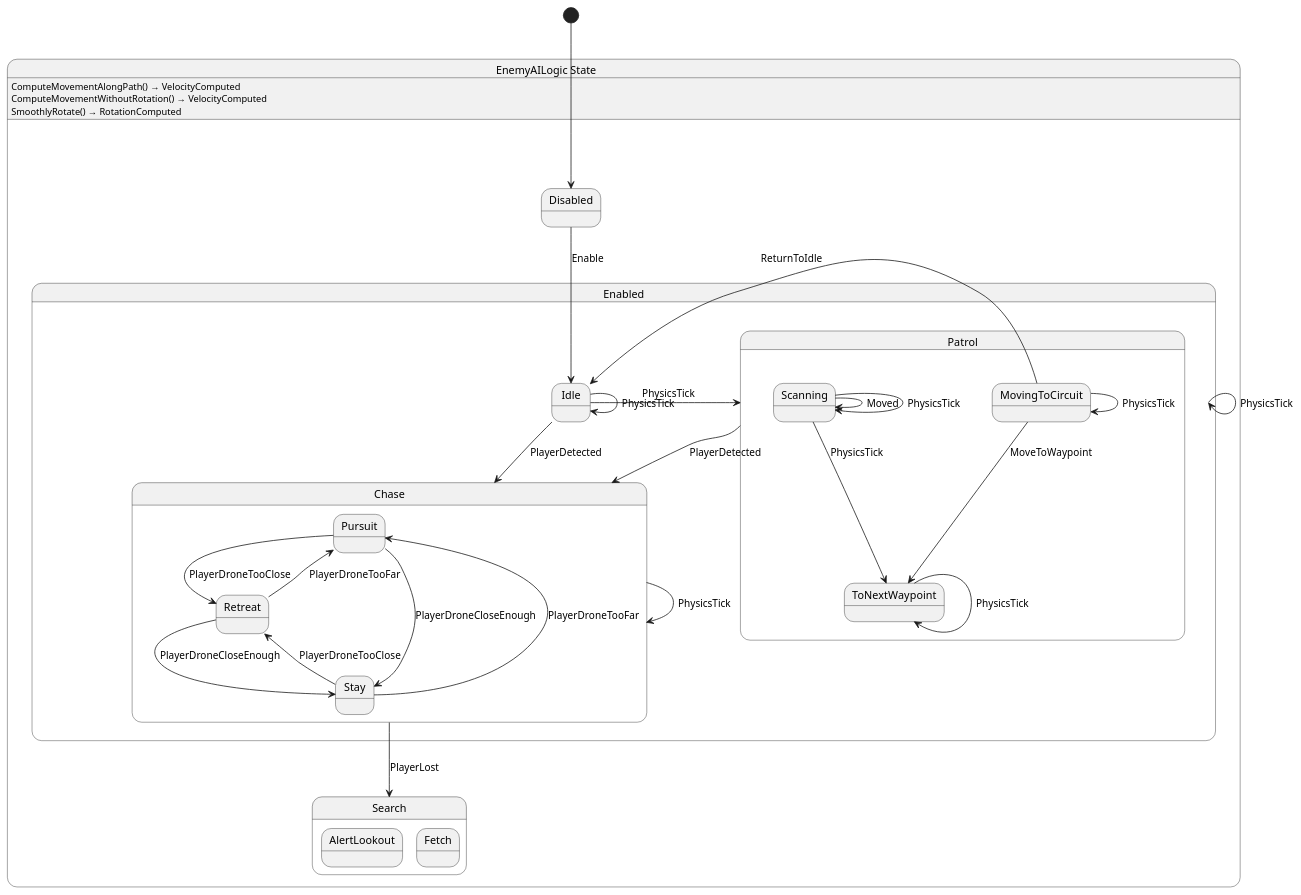
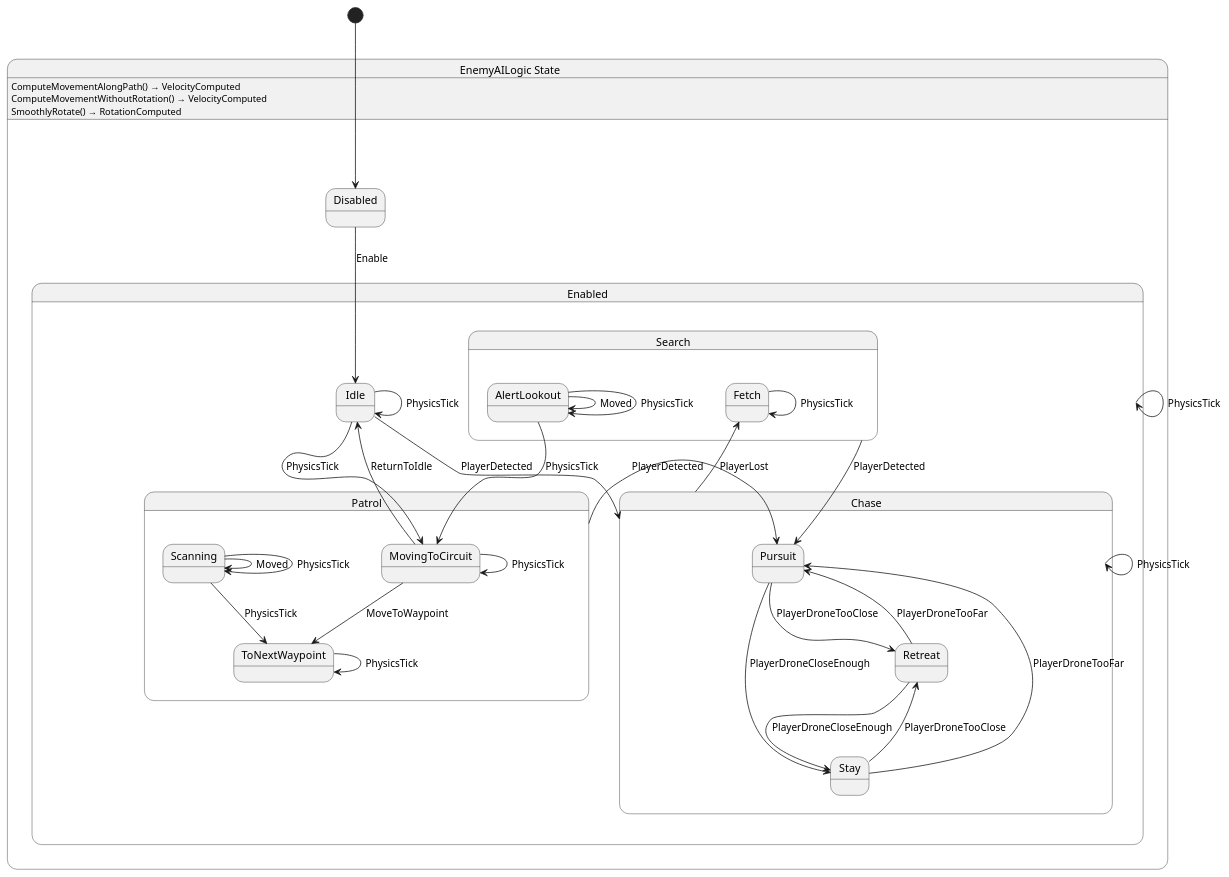
Before and after one commit to SkyValor/rescue-drone: the diagram in Scripts/Drone/Enemy/AIStateMachine/EnemyAILogic.g.puml, drawn with PlantUML. The commit also changed 17 other files, not shown here.

Commit message:
Finished adding the implementation to the Search state of the enemy drone. Refactored duplicate code to a base class that both substates share.

```diff
--- a/Scripts/Drone/Enemy/AIStateMachine/EnemyAILogic.g.puml
+++ b/Scripts/Drone/Enemy/AIStateMachine/EnemyAILogic.g.puml
@@ -1,50 +1,55 @@
 @startuml EnemyAILogic
 state "EnemyAILogic State" as RescueDrone_EnemyAILogic_State {
   state "Disabled" as RescueDrone_EnemyAILogic_State_Disabled
   state "Enabled" as RescueDrone_EnemyAILogic_State_Enabled {
     state "Chase" as RescueDrone_EnemyAILogic_State_Chase {
       state "Pursuit" as RescueDrone_EnemyAILogic_State_Pursuit
       state "Retreat" as RescueDrone_EnemyAILogic_State_Retreat
       state "Stay" as RescueDrone_EnemyAILogic_State_Stay
     }
     state "Idle" as RescueDrone_EnemyAILogic_State_Idle
     state "Patrol" as RescueDrone_EnemyAILogic_State_Patrol {
       state "MovingToCircuit" as RescueDrone_EnemyAILogic_State_MovingToCircuit
       state "Scanning" as RescueDrone_EnemyAILogic_State_Scanning
       state "ToNextWaypoint" as RescueDrone_EnemyAILogic_State_ToNextWaypoint
     }
-  }
-  state "Search" as RescueDrone_EnemyAILogic_State_Search {
-    state "AlertLookout" as RescueDrone_EnemyAILogic_State_AlertLookout
-    state "Fetch" as RescueDrone_EnemyAILogic_State_Fetch
+    state "Search" as RescueDrone_EnemyAILogic_State_Search {
+      state "AlertLookout" as RescueDrone_EnemyAILogic_State_AlertLookout
+      state "Fetch" as RescueDrone_EnemyAILogic_State_Fetch
+    }
   }
 }
 
+RescueDrone_EnemyAILogic_State_AlertLookout --> RescueDrone_EnemyAILogic_State_AlertLookout : Moved
+RescueDrone_EnemyAILogic_State_AlertLookout --> RescueDrone_EnemyAILogic_State_AlertLookout : PhysicsTick
+RescueDrone_EnemyAILogic_State_AlertLookout --> RescueDrone_EnemyAILogic_State_MovingToCircuit : PhysicsTick
 RescueDrone_EnemyAILogic_State_Chase --> RescueDrone_EnemyAILogic_State_Chase : PhysicsTick
-RescueDrone_EnemyAILogic_State_Chase --> RescueDrone_EnemyAILogic_State_Search : PlayerLost
+RescueDrone_EnemyAILogic_State_Chase --> RescueDrone_EnemyAILogic_State_Fetch : PlayerLost
 RescueDrone_EnemyAILogic_State_Disabled --> RescueDrone_EnemyAILogic_State_Idle : Enable
 RescueDrone_EnemyAILogic_State_Enabled --> RescueDrone_EnemyAILogic_State_Enabled : PhysicsTick
+RescueDrone_EnemyAILogic_State_Fetch --> RescueDrone_EnemyAILogic_State_Fetch : PhysicsTick
 RescueDrone_EnemyAILogic_State_Idle --> RescueDrone_EnemyAILogic_State_Chase : PlayerDetected
 RescueDrone_EnemyAILogic_State_Idle --> RescueDrone_EnemyAILogic_State_Idle : PhysicsTick
-RescueDrone_EnemyAILogic_State_Idle --> RescueDrone_EnemyAILogic_State_Patrol : PhysicsTick
+RescueDrone_EnemyAILogic_State_Idle --> RescueDrone_EnemyAILogic_State_MovingToCircuit : PhysicsTick
 RescueDrone_EnemyAILogic_State_MovingToCircuit --> RescueDrone_EnemyAILogic_State_Idle : ReturnToIdle
 RescueDrone_EnemyAILogic_State_MovingToCircuit --> RescueDrone_EnemyAILogic_State_MovingToCircuit : PhysicsTick
 RescueDrone_EnemyAILogic_State_MovingToCircuit --> RescueDrone_EnemyAILogic_State_ToNextWaypoint : MoveToWaypoint
-RescueDrone_EnemyAILogic_State_Patrol --> RescueDrone_EnemyAILogic_State_Chase : PlayerDetected
+RescueDrone_EnemyAILogic_State_Patrol --> RescueDrone_EnemyAILogic_State_Pursuit : PlayerDetected
 RescueDrone_EnemyAILogic_State_Pursuit --> RescueDrone_EnemyAILogic_State_Retreat : PlayerDroneTooClose
 RescueDrone_EnemyAILogic_State_Pursuit --> RescueDrone_EnemyAILogic_State_Stay : PlayerDroneCloseEnough
 RescueDrone_EnemyAILogic_State_Retreat --> RescueDrone_EnemyAILogic_State_Pursuit : PlayerDroneTooFar
 RescueDrone_EnemyAILogic_State_Retreat --> RescueDrone_EnemyAILogic_State_Stay : PlayerDroneCloseEnough
 RescueDrone_EnemyAILogic_State_Scanning --> RescueDrone_EnemyAILogic_State_Scanning : Moved
 RescueDrone_EnemyAILogic_State_Scanning --> RescueDrone_EnemyAILogic_State_Scanning : PhysicsTick
 RescueDrone_EnemyAILogic_State_Scanning --> RescueDrone_EnemyAILogic_State_ToNextWaypoint : PhysicsTick
+RescueDrone_EnemyAILogic_State_Search --> RescueDrone_EnemyAILogic_State_Pursuit : PlayerDetected
 RescueDrone_EnemyAILogic_State_Stay --> RescueDrone_EnemyAILogic_State_Pursuit : PlayerDroneTooFar
 RescueDrone_EnemyAILogic_State_Stay --> RescueDrone_EnemyAILogic_State_Retreat : PlayerDroneTooClose
 RescueDrone_EnemyAILogic_State_ToNextWaypoint --> RescueDrone_EnemyAILogic_State_ToNextWaypoint : PhysicsTick
 
 RescueDrone_EnemyAILogic_State : ComputeMovementAlongPath() → VelocityComputed
 RescueDrone_EnemyAILogic_State : ComputeMovementWithoutRotation() → VelocityComputed
 RescueDrone_EnemyAILogic_State : SmoothlyRotate() → RotationComputed
 
 [*] --> RescueDrone_EnemyAILogic_State_Disabled
 @enduml
```
